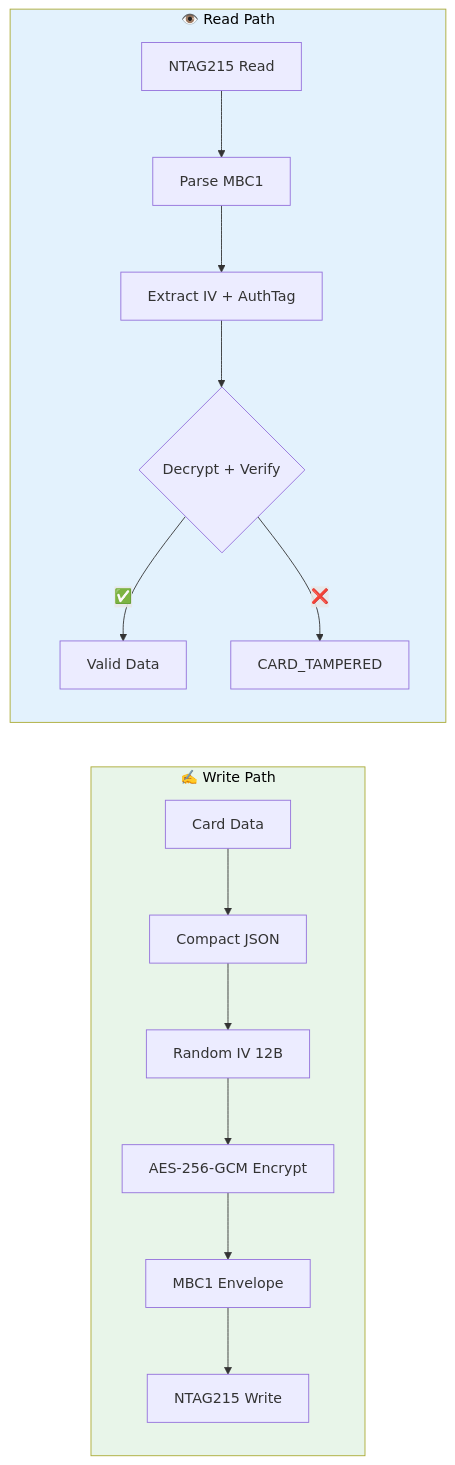
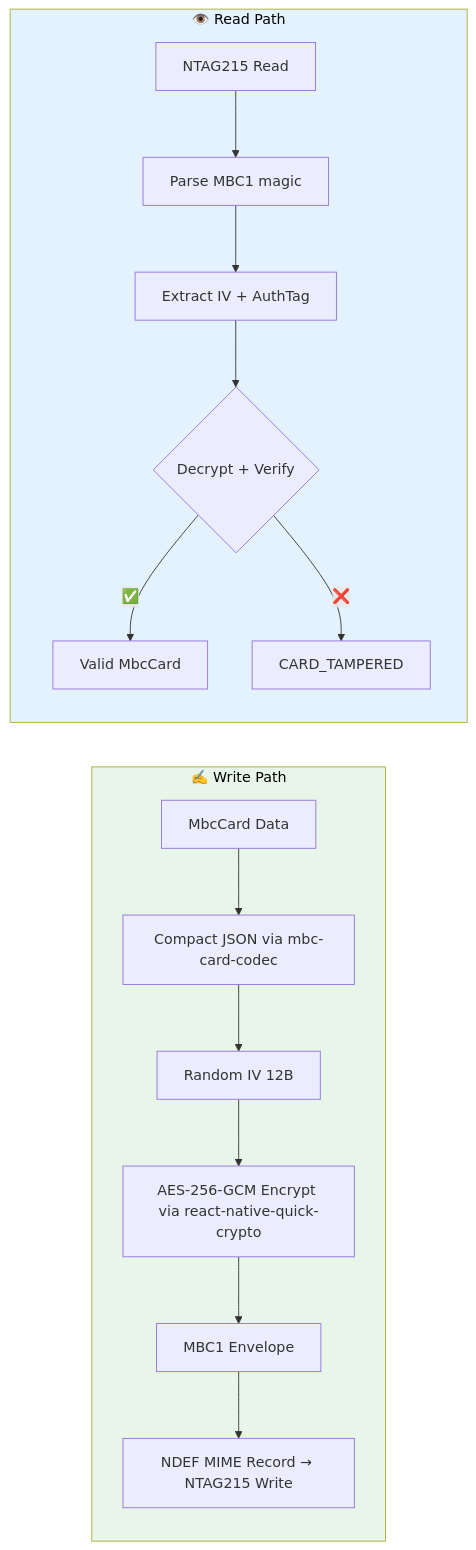
One commit to Schitzos/mbc-nfc changed diagram 11 of 15 in docs/PRESENTATION.md. Above: the diagram before and after it, drawn with Mermaid. The commit also changed other lines of this file, not shown here.

````diff
--- a/docs/PRESENTATION.md
+++ b/docs/PRESENTATION.md
@@ -442,23 +470,23 @@
 ```mermaid
 flowchart LR
     subgraph Write["✍️ Write Path"]
         direction TB
-        W1[Card Data] --> W2[Compact JSON]
+        W1[MbcCard Data] --> W2[Compact JSON via mbc-card-codec]
         W2 --> W3[Random IV 12B]
-        W3 --> W4[AES-256-GCM Encrypt]
+        W3 --> W4[AES-256-GCM Encrypt via react-native-quick-crypto]
         W4 --> W5[MBC1 Envelope]
-        W5 --> W6[NTAG215 Write]
+        W5 --> W6[NDEF MIME Record → NTAG215 Write]
     end
 
     subgraph Read["👁️ Read Path"]
         direction TB
-        R1[NTAG215 Read] --> R2[Parse MBC1]
+        R1[NTAG215 Read] --> R2[Parse MBC1 magic]
         R2 --> R3[Extract IV + AuthTag]
         R3 --> R4{Decrypt + Verify}
-        R4 -->|✅| R5[Valid Data]
+        R4 -->|✅| R5[Valid MbcCard]
         R4 -->|❌| R6[CARD_TAMPERED]
     end
 
     style Write fill:#E8F5E9,color:#000
     style Read fill:#E3F2FD,color:#000
 ```
````
